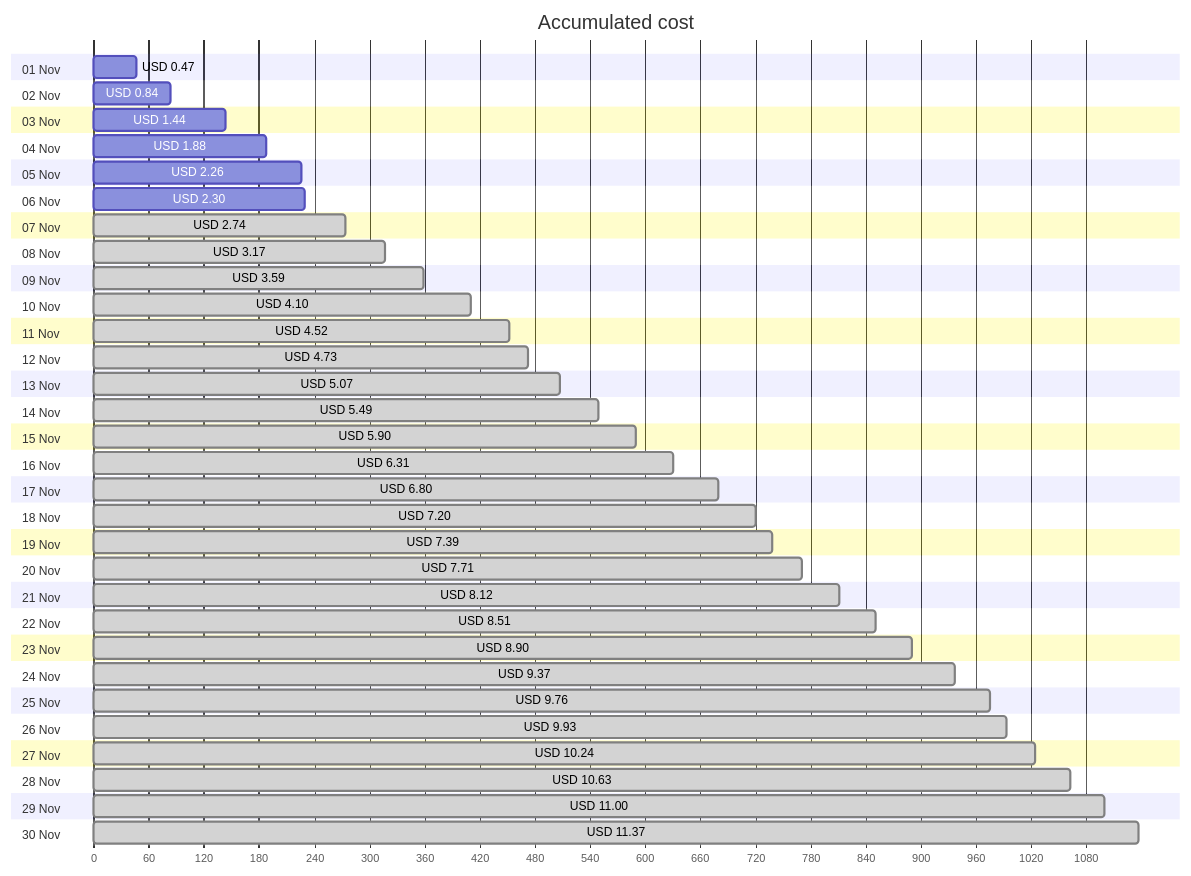
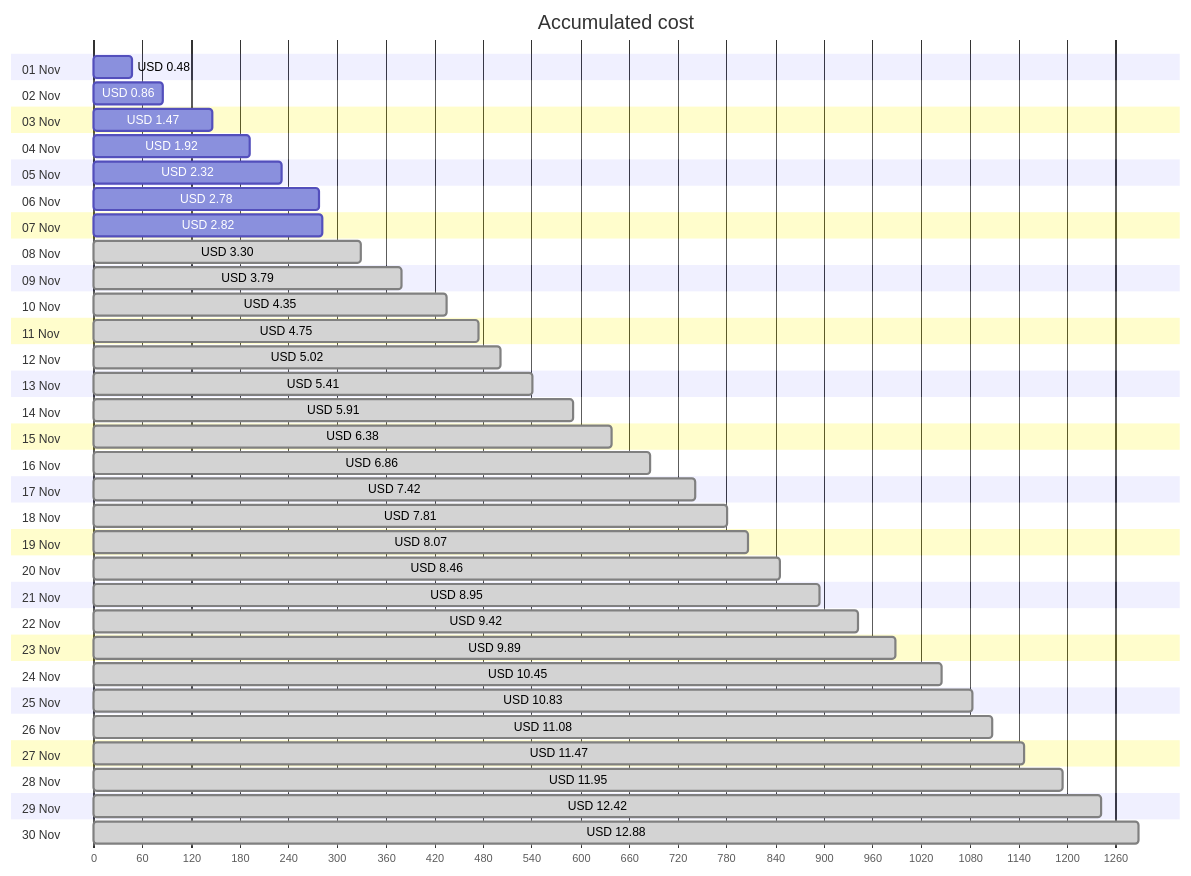
One commit to jpfulton/azure-personal-reports changed the first of 4 diagrams in cost-reports/personal-network/vpn-server.md. Above: the diagram before and after it, drawn with Mermaid. The commit also changed other lines of this file and 8 other files, not shown here.

````diff
--- a/cost-reports/personal-network/vpn-server.md
+++ b/cost-reports/personal-network/vpn-server.md
@@ -20,66 +20,66 @@
 ```mermaid
 gantt
    title Accumulated cost
    dateFormat  X
    axisFormat %s
    section 01 Nov
-   USD 0.47 :0, 47
+   USD 0.48 :0, 48
    section 02 Nov
-   USD 0.84 :0, 84
+   USD 0.86 :0, 86
    section 03 Nov
-   USD 1.44 :0, 144
+   USD 1.47 :0, 147
    section 04 Nov
-   USD 1.88 :0, 188
+   USD 1.92 :0, 192
    section 05 Nov
-   USD 2.26 :0, 226
+   USD 2.32 :0, 232
    section 06 Nov
-   USD 2.30 :0, 230
+   USD 2.78 :0, 278
    section 07 Nov
-   USD 2.74 : done, 0, 274
+   USD 2.82 :0, 282
    section 08 Nov
-   USD 3.17 : done, 0, 317
+   USD 3.30 : done, 0, 330
    section 09 Nov
-   USD 3.59 : done, 0, 359
+   USD 3.79 : done, 0, 379
    section 10 Nov
-   USD 4.10 : done, 0, 410
+   USD 4.35 : done, 0, 435
    section 11 Nov
-   USD 4.52 : done, 0, 452
+   USD 4.75 : done, 0, 475
    section 12 Nov
-   USD 4.73 : done, 0, 473
+   USD 5.02 : done, 0, 502
    section 13 Nov
-   USD 5.07 : done, 0, 507
+   USD 5.41 : done, 0, 541
    section 14 Nov
-   USD 5.49 : done, 0, 549
+   USD 5.91 : done, 0, 591
    section 15 Nov
-   USD 5.90 : done, 0, 590
+   USD 6.38 : done, 0, 638
    section 16 Nov
-   USD 6.31 : done, 0, 631
+   USD 6.86 : done, 0, 686
    section 17 Nov
-   USD 6.80 : done, 0, 680
+   USD 7.42 : done, 0, 742
    section 18 Nov
-   USD 7.20 : done, 0, 720
+   USD 7.81 : done, 0, 781
    section 19 Nov
-   USD 7.39 : done, 0, 739
+   USD 8.07 : done, 0, 807
    section 20 Nov
-   USD 7.71 : done, 0, 771
+   USD 8.46 : done, 0, 846
    section 21 Nov
-   USD 8.12 : done, 0, 812
+   USD 8.95 : done, 0, 895
    section 22 Nov
-   USD 8.51 : done, 0, 851
+   USD 9.42 : done, 0, 942
    section 23 Nov
-   USD 8.90 : done, 0, 890
+   USD 9.89 : done, 0, 989
    section 24 Nov
-   USD 9.37 : done, 0, 937
+   USD 10.45 : done, 0, 1045
    section 25 Nov
-   USD 9.76 : done, 0, 976
+   USD 10.83 : done, 0, 1083
    section 26 Nov
-   USD 9.93 : done, 0, 993
+   USD 11.08 : done, 0, 1108
    section 27 Nov
-   USD 10.24 : done, 0, 1024
+   USD 11.47 : done, 0, 1147
    section 28 Nov
-   USD 10.63 : done, 0, 1063
+   USD 11.95 : done, 0, 1195
    section 29 Nov
-   USD 11.00 : done, 0, 1100
+   USD 12.42 : done, 0, 1242
    section 30 Nov
-   USD 11.37 : done, 0, 1137
+   USD 12.88 : done, 0, 1288
 ```
````
